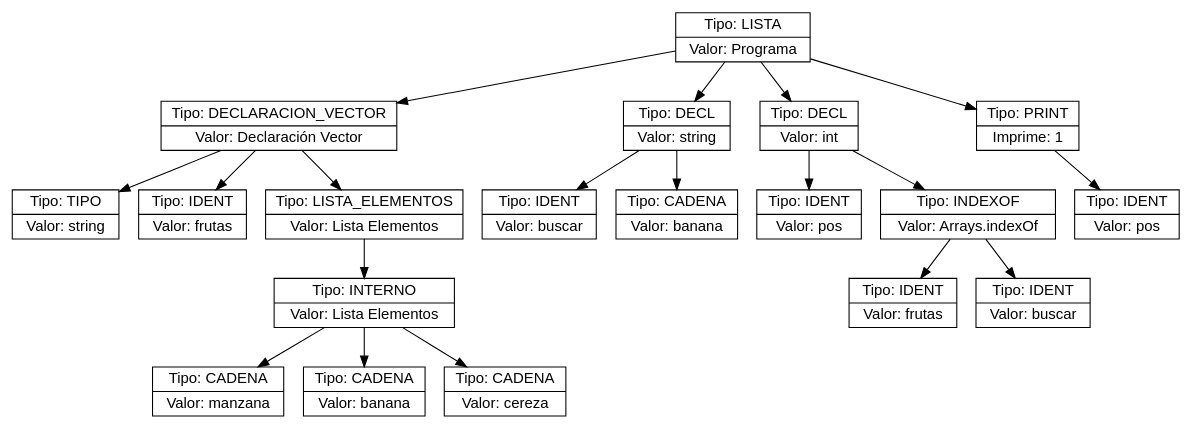
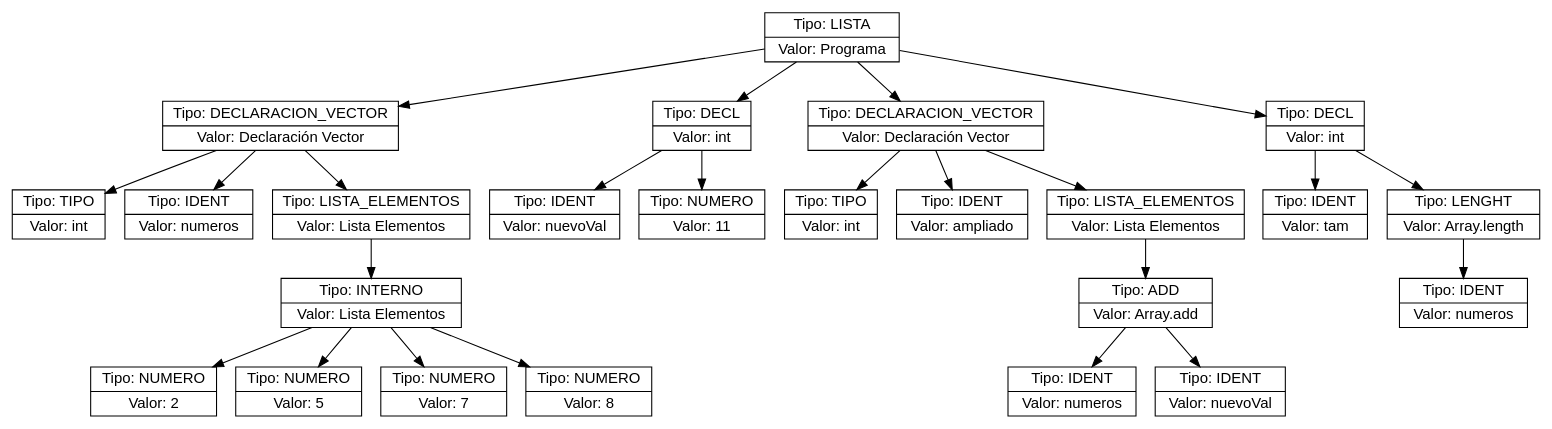
The diagram in ast.dot (Farot30/OLC2_2s2025_202307820), drawn with Graphviz before and after one commit. The commit also changed 15 other files, not shown here.

```diff
--- a/ast.dot
+++ b/ast.dot
@@ -1,40 +1,50 @@
 digraph AST {
   node [shape=record,fontname="Helvetica"];
-  n0x578ff7895890 [label="{Tipo: LISTA|Valor: Programa}"];
-  n0x578ff7895890 -> n0x578ff7973a50;
-  n0x578ff7973a50 [label="{Tipo: DECLARACION_VECTOR|Valor: Declaración Vector}"];
-  n0x578ff7973a50 -> n0x578ff7967d30;
-  n0x578ff7967d30 [label="{Tipo: TIPO|Valor: string}"];
-  n0x578ff7973a50 -> n0x578ff7a2a510;
-  n0x578ff7a2a510 [label="{Tipo: IDENT|Valor: frutas}"];
-  n0x578ff7973a50 -> n0x578ff7a3aad0;
-  n0x578ff7a3aad0 [label="{Tipo: LISTA_ELEMENTOS|Valor: Lista Elementos}"];
-  n0x578ff7a3aad0 -> n0x578ff770d7b0;
-  n0x578ff770d7b0 [label="{Tipo: INTERNO|Valor: Lista Elementos}"];
-  n0x578ff770d7b0 -> n0x578ff78d25e0;
-  n0x578ff78d25e0 [label="{Tipo: CADENA|Valor: manzana}"];
-  n0x578ff770d7b0 -> n0x578ff7ad49c0;
-  n0x578ff7ad49c0 [label="{Tipo: CADENA|Valor: banana}"];
-  n0x578ff770d7b0 -> n0x578ff7966790;
-  n0x578ff7966790 [label="{Tipo: CADENA|Valor: cereza}"];
-  n0x578ff7895890 -> n0x578ff7731720;
-  n0x578ff7731720 [label="{Tipo: DECL|Valor: string}"];
-  n0x578ff7731720 -> n0x578ff7956a20;
-  n0x578ff7956a20 [label="{Tipo: IDENT|Valor: buscar}"];
-  n0x578ff7731720 -> n0x578ff795edf0;
-  n0x578ff795edf0 [label="{Tipo: CADENA|Valor: banana}"];
-  n0x578ff7895890 -> n0x578ff76b9e70;
-  n0x578ff76b9e70 [label="{Tipo: DECL|Valor: int}"];
-  n0x578ff76b9e70 -> n0x578ff76bd020;
-  n0x578ff76bd020 [label="{Tipo: IDENT|Valor: pos}"];
-  n0x578ff76b9e70 -> n0x578ff795b490;
-  n0x578ff795b490 [label="{Tipo: INDEXOF|Valor: Arrays.indexOf}"];
-  n0x578ff795b490 -> n0x578ff77a4540;
-  n0x578ff77a4540 [label="{Tipo: IDENT|Valor: frutas}"];
-  n0x578ff795b490 -> n0x578ff76f88a0;
-  n0x578ff76f88a0 [label="{Tipo: IDENT|Valor: buscar}"];
-  n0x578ff7895890 -> n0x578ff79370f0;
-  n0x578ff79370f0 [label="{Tipo: PRINT|Imprime: 1}"];
-  n0x578ff79370f0 -> n0x578ff78ceff0;
-  n0x578ff78ceff0 [label="{Tipo: IDENT|Valor: pos}"];
+  n0x5a85ab278cb0 [label="{Tipo: LISTA|Valor: Programa}"];
+  n0x5a85ab278cb0 -> n0x5a85ab4b3d40;
+  n0x5a85ab4b3d40 [label="{Tipo: DECLARACION_VECTOR|Valor: Declaración Vector}"];
+  n0x5a85ab4b3d40 -> n0x5a85ab14e850;
+  n0x5a85ab14e850 [label="{Tipo: TIPO|Valor: int}"];
+  n0x5a85ab4b3d40 -> n0x5a85ab325890;
+  n0x5a85ab325890 [label="{Tipo: IDENT|Valor: numeros}"];
+  n0x5a85ab4b3d40 -> n0x5a85ab2ebbb0;
+  n0x5a85ab2ebbb0 [label="{Tipo: LISTA_ELEMENTOS|Valor: Lista Elementos}"];
+  n0x5a85ab2ebbb0 -> n0x5a85ab124e60;
+  n0x5a85ab124e60 [label="{Tipo: INTERNO|Valor: Lista Elementos}"];
+  n0x5a85ab124e60 -> n0x5a85ab38eb80;
+  n0x5a85ab38eb80 [label="{Tipo: NUMERO|Valor: 2}"];
+  n0x5a85ab124e60 -> n0x5a85ab127a90;
+  n0x5a85ab127a90 [label="{Tipo: NUMERO|Valor: 5}"];
+  n0x5a85ab124e60 -> n0x5a85ab4deac0;
+  n0x5a85ab4deac0 [label="{Tipo: NUMERO|Valor: 7}"];
+  n0x5a85ab124e60 -> n0x5a85ab357460;
+  n0x5a85ab357460 [label="{Tipo: NUMERO|Valor: 8}"];
+  n0x5a85ab278cb0 -> n0x5a85ab39b9e0;
+  n0x5a85ab39b9e0 [label="{Tipo: DECL|Valor: int}"];
+  n0x5a85ab39b9e0 -> n0x5a85ab191640;
+  n0x5a85ab191640 [label="{Tipo: IDENT|Valor: nuevoVal}"];
+  n0x5a85ab39b9e0 -> n0x5a85ab158c30;
+  n0x5a85ab158c30 [label="{Tipo: NUMERO|Valor: 11}"];
+  n0x5a85ab278cb0 -> n0x5a85ab39aef0;
+  n0x5a85ab39aef0 [label="{Tipo: DECLARACION_VECTOR|Valor: Declaración Vector}"];
+  n0x5a85ab39aef0 -> n0x5a85ab4b89b0;
+  n0x5a85ab4b89b0 [label="{Tipo: TIPO|Valor: int}"];
+  n0x5a85ab39aef0 -> n0x5a85ab38c930;
+  n0x5a85ab38c930 [label="{Tipo: IDENT|Valor: ampliado}"];
+  n0x5a85ab39aef0 -> n0x5a85ab4ff950;
+  n0x5a85ab4ff950 [label="{Tipo: LISTA_ELEMENTOS|Valor: Lista Elementos}"];
+  n0x5a85ab4ff950 -> n0x5a85ab4907c0;
+  n0x5a85ab4907c0 [label="{Tipo: ADD|Valor: Array.add}"];
+  n0x5a85ab4907c0 -> n0x5a85ab399d20;
+  n0x5a85ab399d20 [label="{Tipo: IDENT|Valor: numeros}"];
+  n0x5a85ab4907c0 -> n0x5a85ab1538f0;
+  n0x5a85ab1538f0 [label="{Tipo: IDENT|Valor: nuevoVal}"];
+  n0x5a85ab278cb0 -> n0x5a85ab1435e0;
+  n0x5a85ab1435e0 [label="{Tipo: DECL|Valor: int}"];
+  n0x5a85ab1435e0 -> n0x5a85ab1403f0;
+  n0x5a85ab1403f0 [label="{Tipo: IDENT|Valor: tam}"];
+  n0x5a85ab1435e0 -> n0x5a85ab1445d0;
+  n0x5a85ab1445d0 [label="{Tipo: LENGHT|Valor: Array.length}"];
+  n0x5a85ab1445d0 -> n0x5a85ab0f9710;
+  n0x5a85ab0f9710 [label="{Tipo: IDENT|Valor: numeros}"];
 }
```
